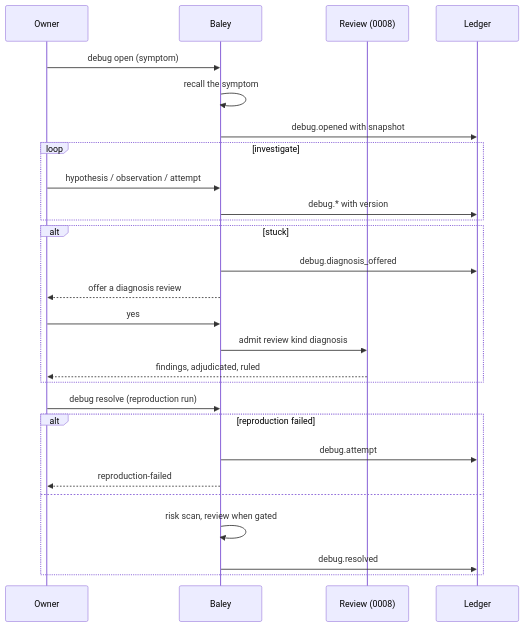
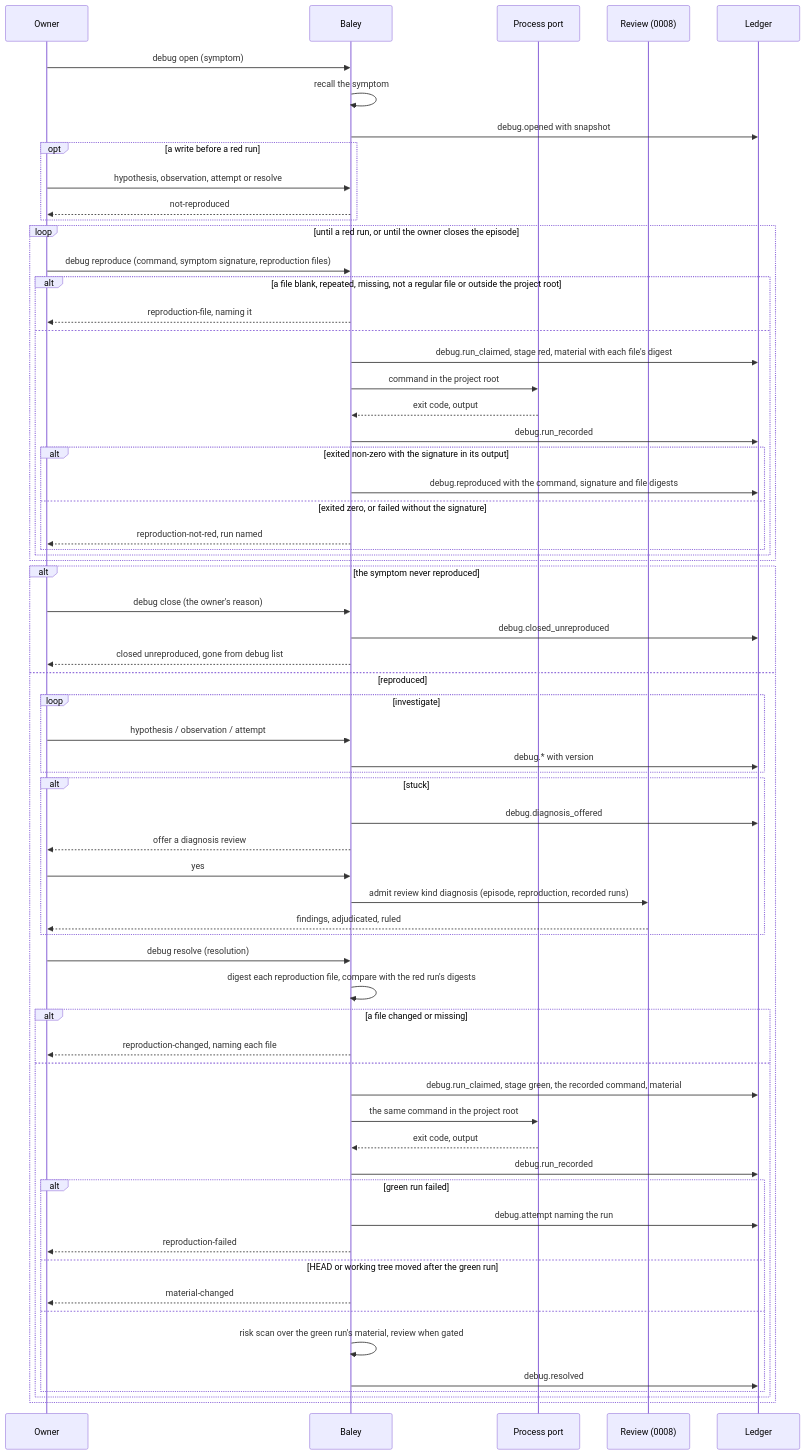
Before and after one commit to crenshawdev/baley: the fifth of 5 diagrams in docs/design/0014-support-families.md, drawn with Mermaid. The commit also changed other lines of this file and 21 other files, not shown here.

First line of the commit message:
docs(design): reproduce bugs first, remember dismissals, ask in rounds, one term each

````diff
--- a/docs/design/0014-support-families.md
+++ b/docs/design/0014-support-families.md
@@ -225,29 +274,67 @@
 ```mermaid
 sequenceDiagram
   participant O as Owner
   participant B as Baley
+  participant P as Process port
   participant V as Review (0008)
   participant L as Ledger
   O->>B: debug open (symptom)
   B->>B: recall the symptom
   B->>L: debug.opened with snapshot
-  loop investigate
-    O->>B: hypothesis / observation / attempt
-    B->>L: debug.* with version
+  opt a write before a red run
+    O->>B: hypothesis, observation, attempt or resolve
+    B-->>O: not-reproduced
   end
-  alt stuck
-    B->>L: debug.diagnosis_offered
-    B-->>O: offer a diagnosis review
-    O->>B: yes
-    B->>V: admit review kind diagnosis
-    V-->>O: findings, adjudicated, ruled
+  loop until a red run, or until the owner closes the episode
+    O->>B: debug reproduce (command, symptom signature, reproduction files)
+    alt a file blank, repeated, missing, not a regular file or outside the project root
+      B-->>O: reproduction-file, naming it
+    else
+      B->>L: debug.run_claimed, stage red, material with each file's digest
+      B->>P: command in the project root
+      P-->>B: exit code, output
+      B->>L: debug.run_recorded
+      alt exited non-zero with the signature in its output
+        B->>L: debug.reproduced with the command, signature and file digests
+      else exited zero, or failed without the signature
+        B-->>O: reproduction-not-red, run named
+      end
+    end
   end
-  O->>B: debug resolve (reproduction run)
-  alt reproduction failed
-    B->>L: debug.attempt
-    B-->>O: reproduction-failed
-  else
-    B->>B: risk scan, review when gated
-    B->>L: debug.resolved
+  alt the symptom never reproduced
+    O->>B: debug close (the owner's reason)
+    B->>L: debug.closed_unreproduced
+    B-->>O: closed unreproduced, gone from debug list
+  else reproduced
+    loop investigate
+      O->>B: hypothesis / observation / attempt
+      B->>L: debug.* with version
+    end
+    alt stuck
+      B->>L: debug.diagnosis_offered
+      B-->>O: offer a diagnosis review
+      O->>B: yes
+      B->>V: admit review kind diagnosis (episode, reproduction, recorded runs)
+      V-->>O: findings, adjudicated, ruled
+    end
+    O->>B: debug resolve (resolution)
+    B->>B: digest each reproduction file, compare with the red run's digests
+    alt a file changed or missing
+      B-->>O: reproduction-changed, naming each file
+    else
+      B->>L: debug.run_claimed, stage green, the recorded command, material
+      B->>P: the same command in the project root
+      P-->>B: exit code, output
+      B->>L: debug.run_recorded
+      alt green run failed
+        B->>L: debug.attempt naming the run
+        B-->>O: reproduction-failed
+      else HEAD or working tree moved after the green run
+        B-->>O: material-changed
+      else
+        B->>B: risk scan over the green run's material, review when gated
+        B->>L: debug.resolved
+      end
+    end
   end
 ```
````
